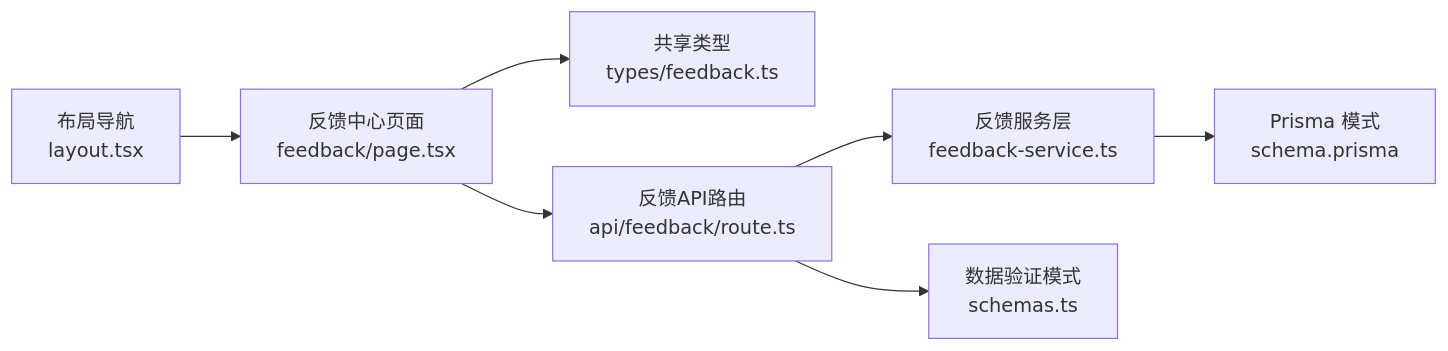
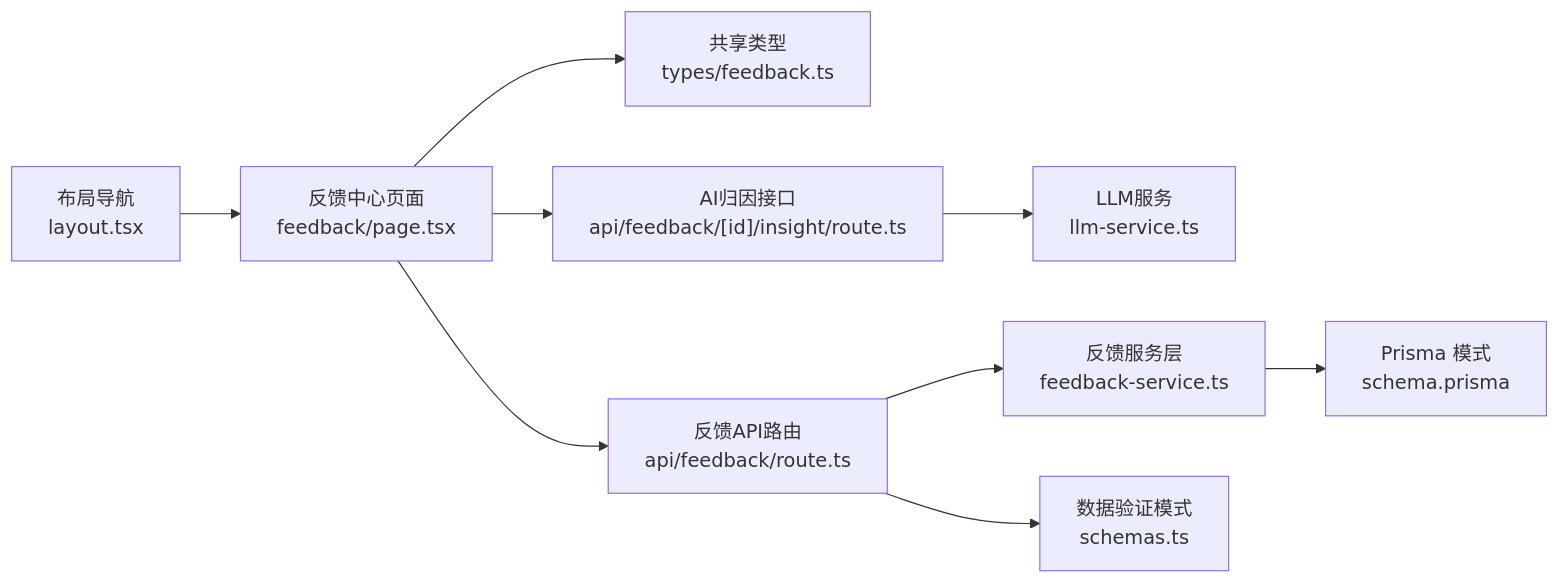
Before and after one commit to ai-guru-global/agent-up: the seventh of 7 diagrams in .qoder/repowiki/zh/content/功能模块/反馈中心.md, drawn with Mermaid. The commit also changed other lines of this file and 32 other files, not shown here.

````diff
--- a/.qoder/repowiki/zh/content/功能模块/反馈中心.md
+++ b/.qoder/repowiki/zh/content/功能模块/反馈中心.md
@@ -432,9 +501,11 @@
 ```mermaid
 graph LR
 FE["反馈中心页面<br/>feedback/page.tsx"] --> SHARED["共享类型<br/>types/feedback.ts"]
 FE --> API["反馈API路由<br/>api/feedback/route.ts"]
+FE --> INSIGHT["AI归因接口<br/>api/feedback/[id]/insight/route.ts"]
+INSIGHT --> LLM["LLM服务<br/>llm-service.ts"]
 API --> SVC["反馈服务层<br/>feedback-service.ts"]
 API --> SCH["数据验证模式<br/>schemas.ts"]
 SVC --> PRISMA["Prisma 模式<br/>schema.prisma"]
 NAV["布局导航<br/>layout.tsx"] --> FE
 ```
````
